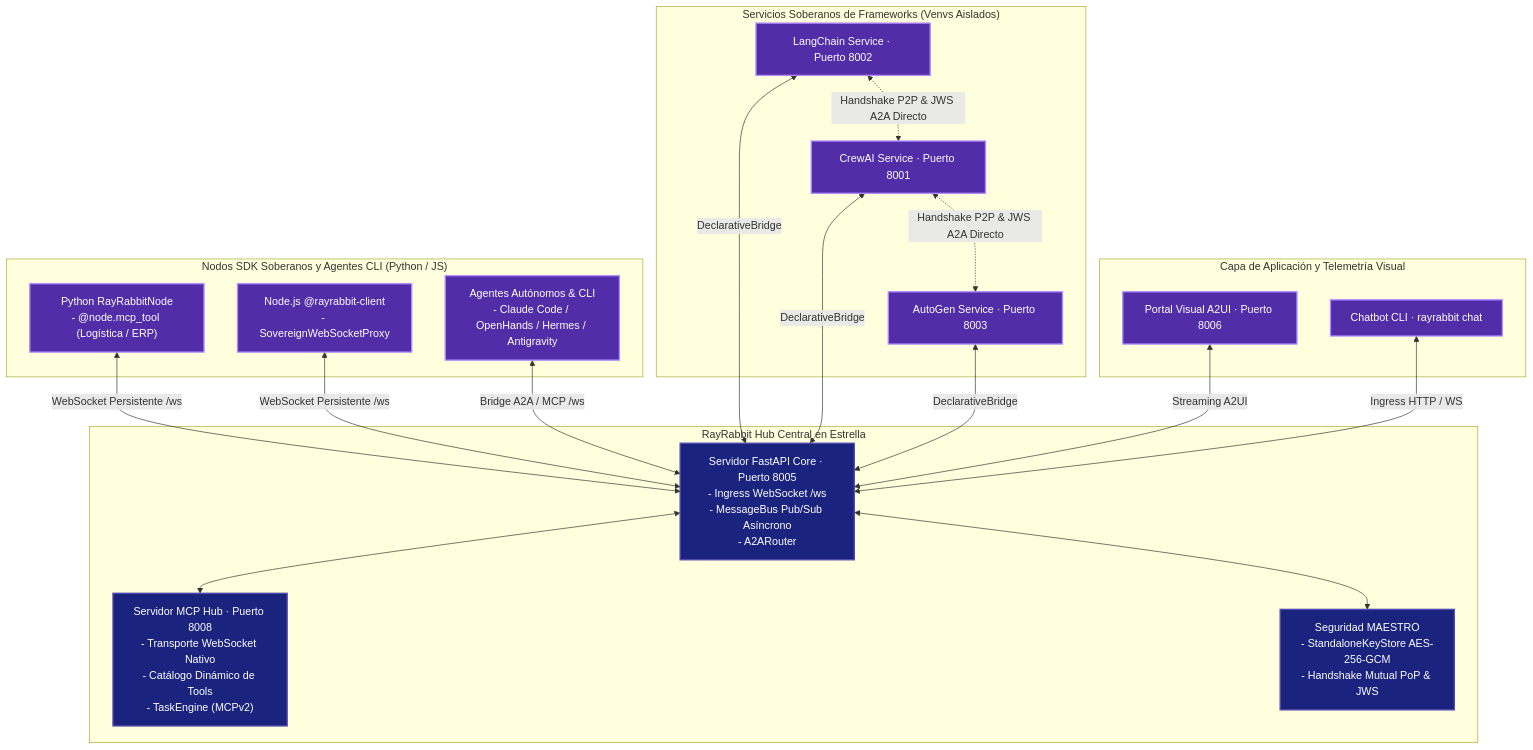
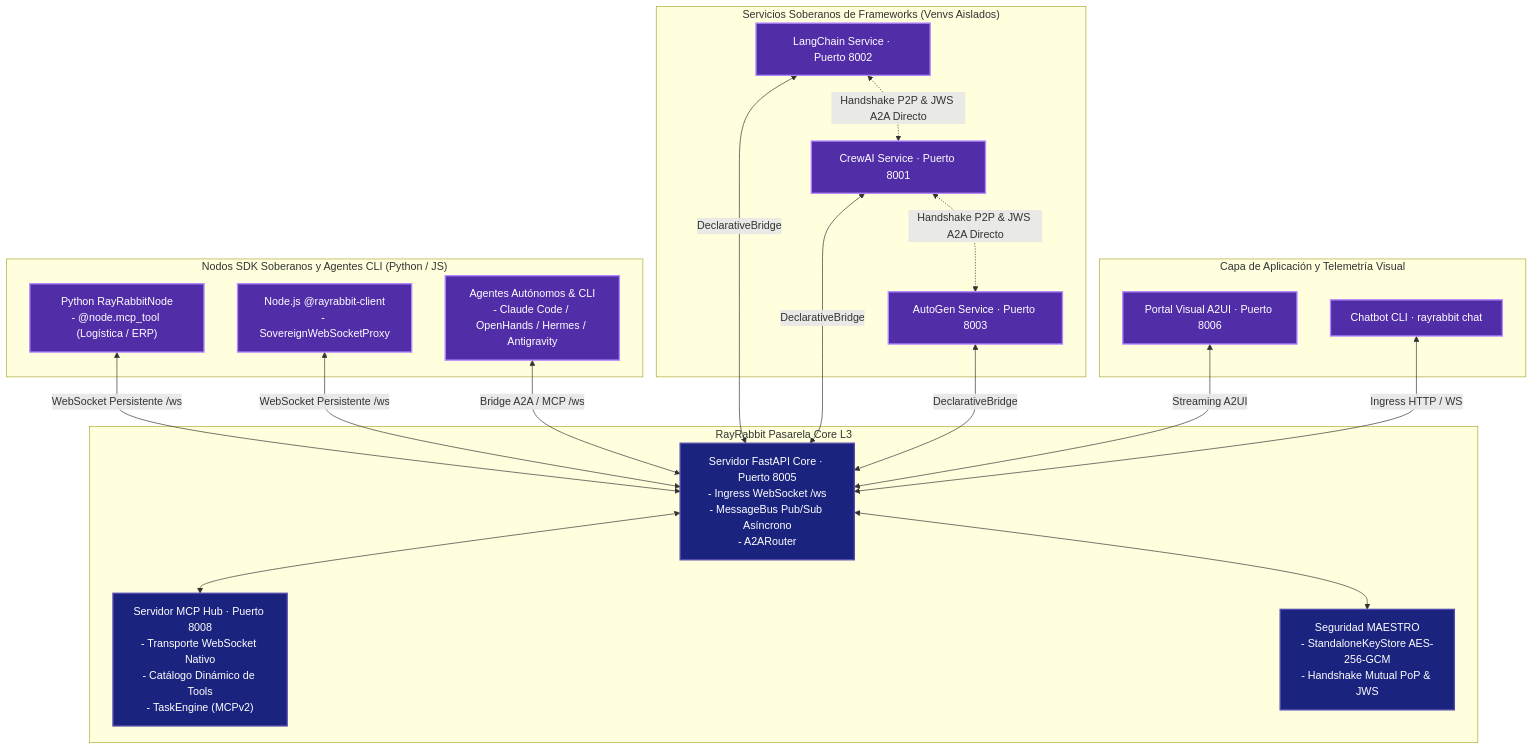
The third of 3 diagrams in README.md (rayrabbit-ai/rayrabbit-oss), drawn with Mermaid before and after one commit. The commit also changed other lines of this file and 75 other files, not shown here.

Commit message:
docs: synchronize sovereign mesh architecture across all project documentation and restore mkdocs assets

````diff
--- a/README.md
+++ b/README.md
@@ -678,45 +680,45 @@
 ```mermaid
 graph TD
     classDef oss fill:#512da8,stroke:#b388ff,stroke-width:2px,color:#fff;
     classDef protocol fill:#311b92,stroke:#7c4dff,stroke-width:2px,color:#fff;
     classDef hub fill:#1a237e,stroke:#534bae,stroke-width:2px,color:#fff;
 
     subgraph AppLayer ["Capa de Aplicación y Telemetría Visual"]
         A2UI["Portal Visual A2UI · Puerto 8006"]:::oss
         CLI["Chatbot CLI · rayrabbit chat"]:::oss
     end
 
-    subgraph HubCore ["RayRabbit Hub Central en Estrella"]
+    subgraph MeshCore ["RayRabbit Pasarela Core L3"]
         FastAPIHub["Servidor FastAPI Core · Puerto 8005<br/>- Ingress WebSocket /ws<br/>- MessageBus Pub/Sub Asíncrono<br/>- A2ARouter"]:::hub
         MCPServer["Servidor MCP Hub · Puerto 8008<br/>- Transporte WebSocket Nativo<br/>- Catálogo Dinámico de Tools<br/>- TaskEngine (MCPv2)"]:::hub
         MS["Seguridad MAESTRO<br/>- StandaloneKeyStore AES-256-GCM<br/>- Handshake Mutual PoP & JWS"]:::hub
     end
 
     subgraph SovereignServices ["Servicios Soberanos de Frameworks (Venvs Aislados)"]
         CR["CrewAI Service · Puerto 8001"]:::oss
         LC["LangChain Service · Puerto 8002"]:::oss
         AG["AutoGen Service · Puerto 8003"]:::oss
     end
 
     subgraph DynamicSDKNodes ["Nodos SDK Soberanos y Agentes CLI (Python / JS)"]
         PyNode["Python RayRabbitNode<br/>- @node.mcp_tool (Logística / ERP)"]:::oss
         JSNode["Node.js @rayrabbit-client<br/>- SovereignWebSocketProxy"]:::oss
         CodingAgents["Agentes Autónomos & CLI<br/>- Claude Code / OpenHands / Hermes / Antigravity"]:::oss
     end
 
     FastAPIHub <--> MCPServer
     FastAPIHub <--> MS
     A2UI <-->|Streaming A2UI| FastAPIHub
     CLI <-->|Ingress HTTP / WS| FastAPIHub
 
     CR <-->|DeclarativeBridge| FastAPIHub
     LC <-->|DeclarativeBridge| FastAPIHub
     AG <-->|DeclarativeBridge| FastAPIHub
 
     PyNode <-->|WebSocket Persistente /ws| FastAPIHub
     JSNode <-->|WebSocket Persistente /ws| FastAPIHub
     CodingAgents <-->|Bridge A2A / MCP /ws| FastAPIHub
 
     LC <.->|Handshake P2P & JWS A2A Directo| CR
     CR <.->|Handshake P2P & JWS A2A Directo| AG
 ```
````
